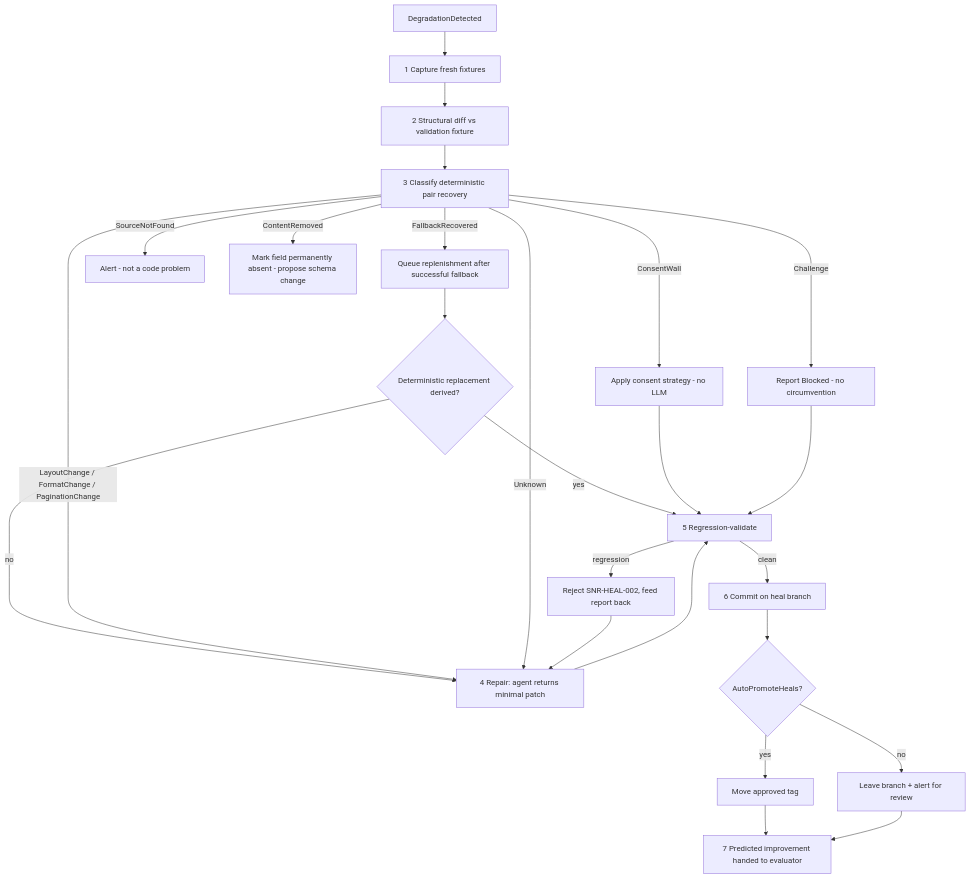
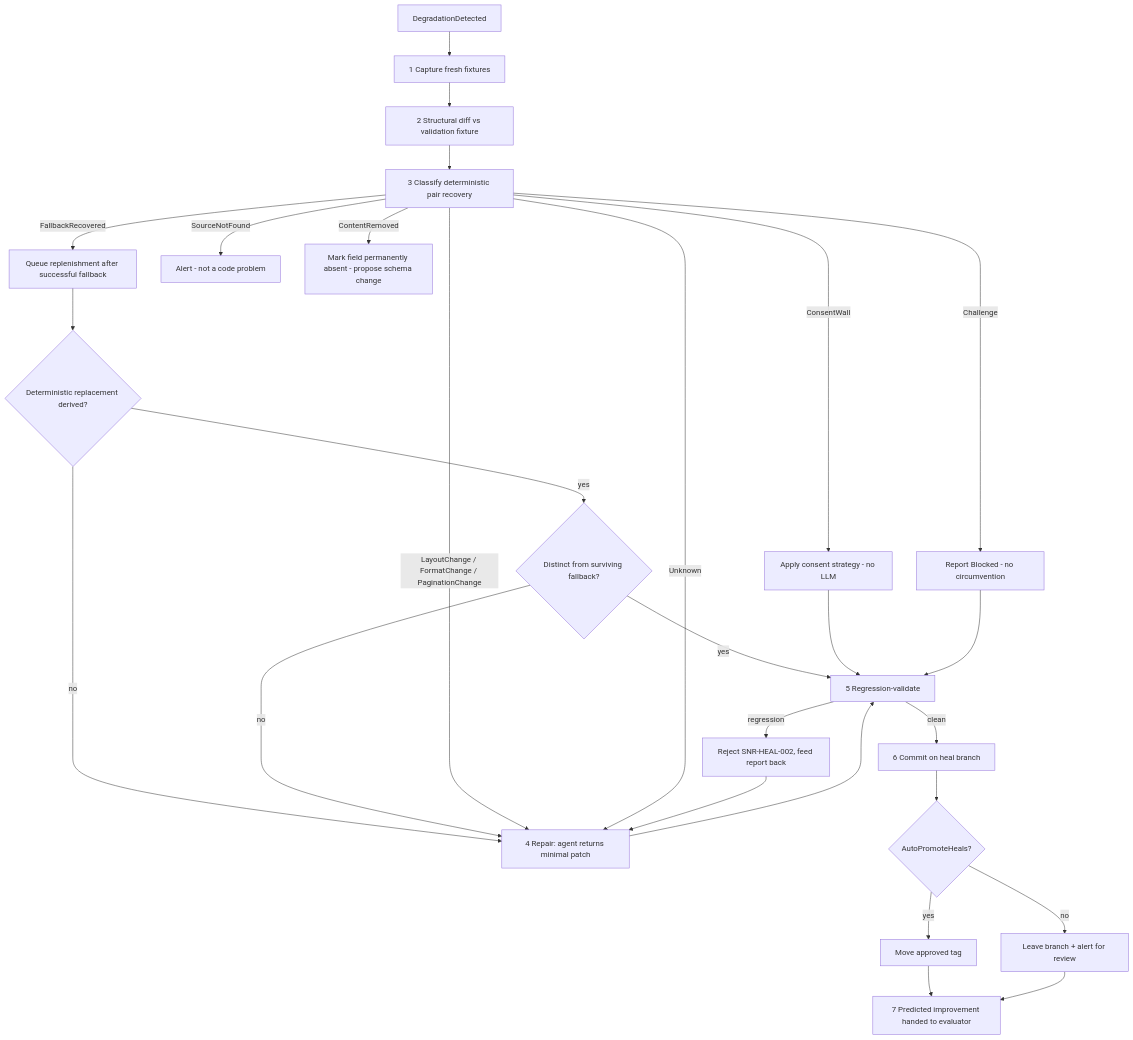
The diagram in docs/features/healing-workflow.md (sommmen/Sanare), drawn with Mermaid before and after one commit. The commit also changed other lines of this file and 3 other files, not shown here.

````diff
--- a/docs/features/healing-workflow.md
+++ b/docs/features/healing-workflow.md
@@ -83,27 +83,29 @@
 ```mermaid
 flowchart TD
     A[DegradationDetected] --> B[1 Capture fresh fixtures]
     B --> C[2 Structural diff vs validation fixture]
     C --> D[3 Classify deterministic pair recovery]
     D -- FallbackRecovered --> R[Queue replenishment after successful fallback]
     R --> Q{Deterministic replacement derived?}
-    Q -- yes --> J[5 Regression-validate]
+    Q -- yes --> S{Distinct from surviving fallback?}
     Q -- no --> H[4 Repair: agent returns minimal patch]
+    S -- yes --> J[5 Regression-validate]
+    S -- no --> H
     D -- ConsentWall --> E[Apply consent strategy - no LLM]
     D -- Challenge --> F[Report Blocked - no circumvention]
     D -- SourceNotFound --> G[Alert - not a code problem]
     D -- LayoutChange / FormatChange / PaginationChange --> H[4 Repair: agent returns minimal patch]
     D -- ContentRemoved --> I[Mark field permanently absent - propose schema change]
     D -- Unknown --> H
     E --> J[5 Regression-validate]
     F --> J
     H --> J
     J -- regression --> K[Reject SNR-HEAL-002, feed report back]
     K --> H
     J -- clean --> L[6 Commit on heal branch]
     L --> M{AutoPromoteHeals?}
     M -- yes --> N[Move approved tag]
     M -- no --> O[Leave branch + alert for review]
     N --> P[7 Predicted improvement handed to evaluator]
     O --> P
 ```
````
